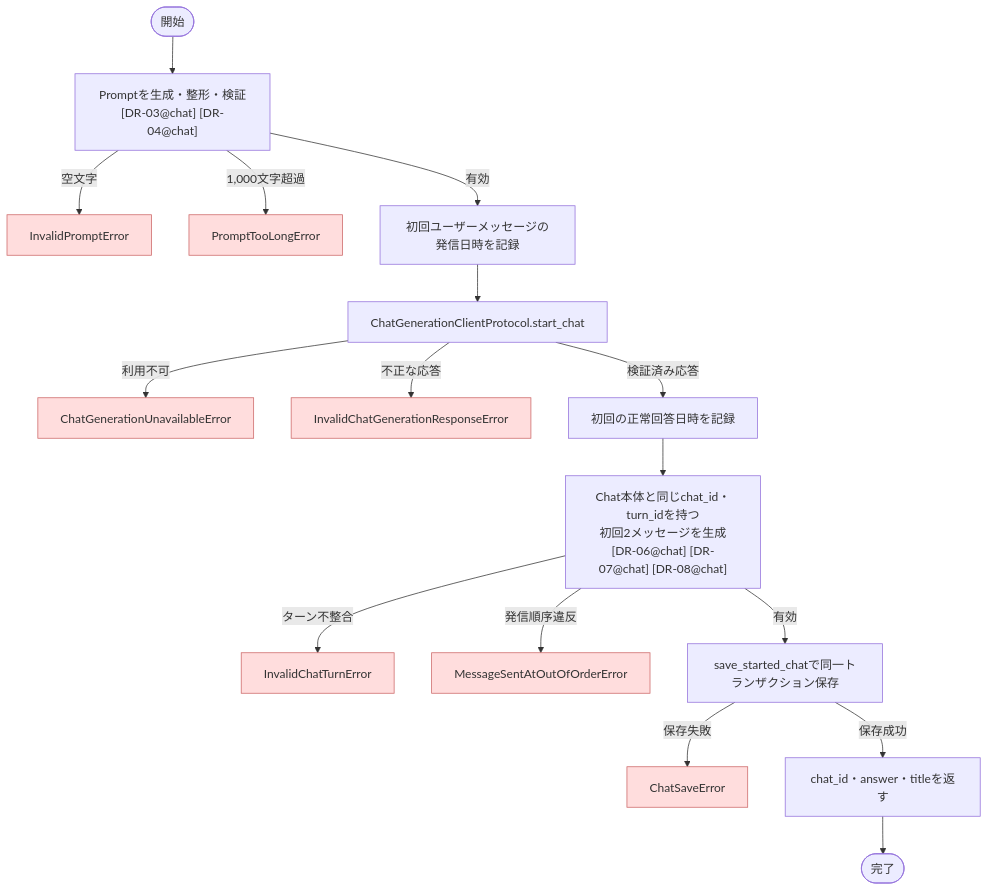
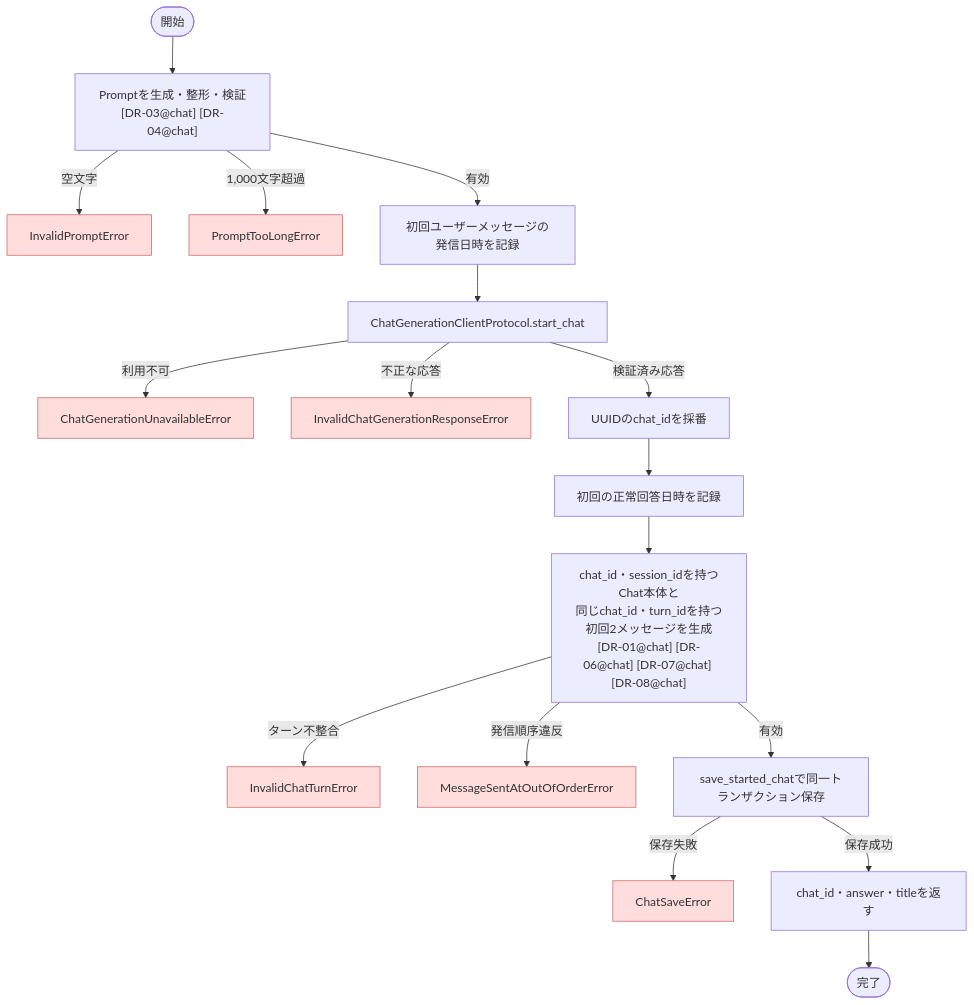
The diagram in docs/backend/specification/chat/start_chat.md (ponta-kh/paperbuddy), drawn with Mermaid before and after one commit. The commit also changed other lines of this file and 48 other files, not shown here.

````diff
--- a/docs/backend/specification/chat/start_chat.md
+++ b/docs/backend/specification/chat/start_chat.md
@@ -106,26 +108,27 @@
 ```mermaid
 flowchart TD
     A([開始]) --> B["Promptを生成・整形・検証\n[DR-03@chat] [DR-04@chat]"]
     B -->|空文字| ERR1["InvalidPromptError"]
     B -->|1,000文字超過| ERR2["PromptTooLongError"]
     B -->|有効| C["初回ユーザーメッセージの発信日時を記録"]
     C --> D["ChatGenerationClientProtocol.start_chat"]
     D -->|利用不可| ERR3["ChatGenerationUnavailableError"]
     D -->|不正な応答| ERR4["InvalidChatGenerationResponseError"]
-    D -->|検証済み応答| T["初回の正常回答日時を記録"]
-    T --> E["Chat本体と同じchat_id・turn_idを持つ\n初回2メッセージを生成\n[DR-06@chat] [DR-07@chat] [DR-08@chat]"]
+    D -->|検証済み応答| ID["UUIDのchat_idを採番"]
+    ID --> T["初回の正常回答日時を記録"]
+    T --> E["chat_id・session_idを持つChat本体と\n同じchat_id・turn_idを持つ初回2メッセージを生成\n[DR-01@chat] [DR-06@chat] [DR-07@chat] [DR-08@chat]"]
     E -->|ターン不整合| ERR5["InvalidChatTurnError"]
     E -->|発信順序違反| ERR6["MessageSentAtOutOfOrderError"]
     E -->|有効| G["save_started_chatで同一トランザクション保存"]
     G -->|保存失敗| ERR7["ChatSaveError"]
     G -->|保存成功| H["chat_id・answer・titleを返す"]
     H --> I([完了])
 
     style ERR1 fill:#fdd,stroke:#c66
     style ERR2 fill:#fdd,stroke:#c66
     style ERR3 fill:#fdd,stroke:#c66
     style ERR4 fill:#fdd,stroke:#c66
     style ERR5 fill:#fdd,stroke:#c66
     style ERR6 fill:#fdd,stroke:#c66
     style ERR7 fill:#fdd,stroke:#c66
 ```
````
